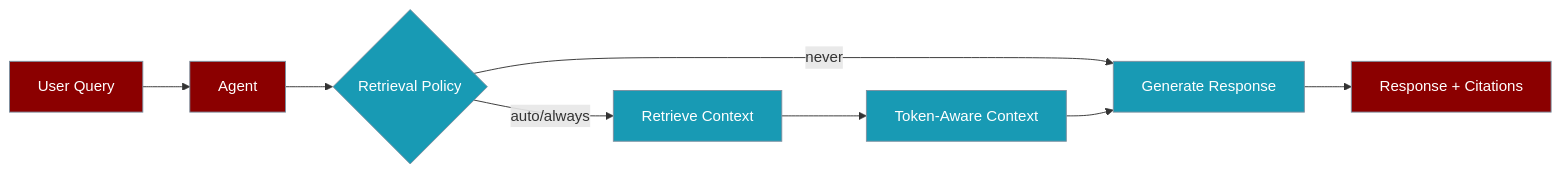
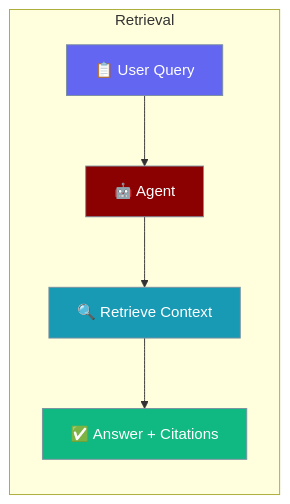
One commit to MervinPraison/PraisonAIDocs changed the first of 2 diagrams in docs/features/retrieval.mdx. Above: the diagram before and after it, drawn with Mermaid. The commit also changed other lines of this file and 1 other file, not shown here.

Commit message:
docs: add graph LR hero + sequenceDiagram to conditional-branching, retrieval (#1675)

````diff
--- a/docs/features/retrieval.mdx
+++ b/docs/features/retrieval.mdx
@@ -28,17 +28,18 @@
 ```mermaid
-flowchart LR
-    Query[User Query] --> Agent[Agent]
-    Agent --> Policy{Retrieval Policy}
-    Policy -->|auto/always| Retrieve[Retrieve Context]
-    Policy -->|never| Generate[Generate Response]
-    Retrieve --> TokenBudget[Token-Aware Context]
-    TokenBudget --> Generate
-    Generate --> Response[Response + Citations]
+graph LR
+    subgraph "Retrieval"
+        Query[📋 User Query] --> Agent[🤖 Agent]
+        Agent --> Retrieve[🔍 Retrieve Context]
+        Retrieve --> Response[✅ Answer + Citations]
+    end
 
+    classDef input fill:#6366F1,stroke:#7C90A0,color:#fff
     classDef agent fill:#8B0000,stroke:#7C90A0,color:#fff
     classDef tool fill:#189AB4,stroke:#7C90A0,color:#fff
     classDef output fill:#10B981,stroke:#7C90A0,color:#fff
 
-    class Query,Agent,Response agent
-    class Policy,Retrieve,TokenBudget,Generate tool
+    class Query input
+    class Agent agent
+    class Retrieve tool
+    class Response output
 ```
````
